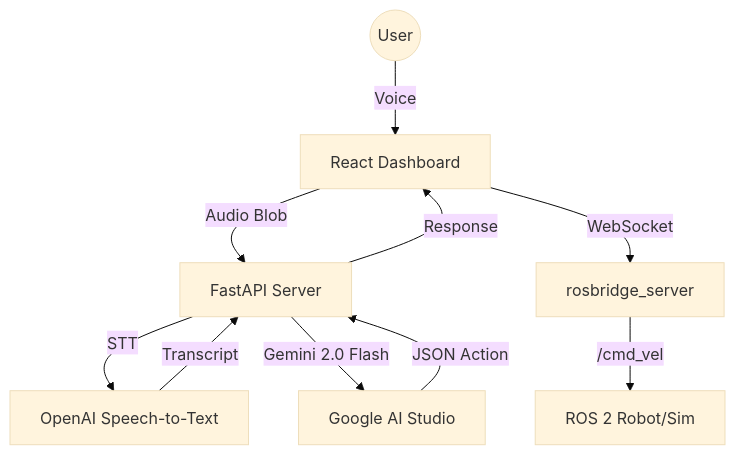
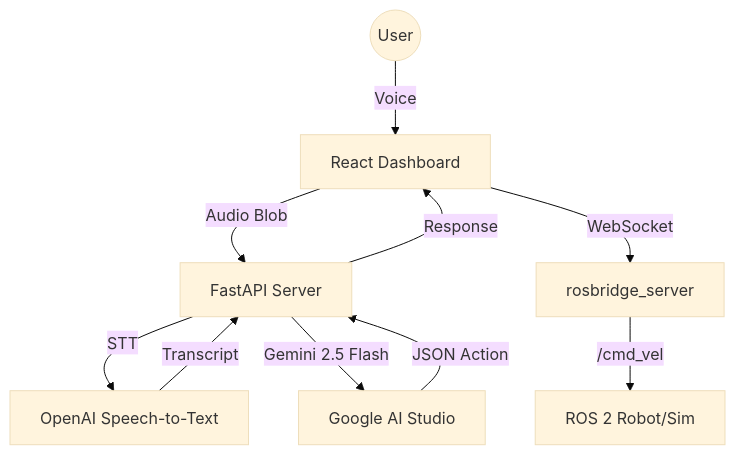
One commit to howdoiusekeyboard/ros2_navigation_project changed the diagram in README.md. Above: the diagram before and after it, drawn with Mermaid (base theme). The commit also changed other lines of this file and 12 other files, not shown here.

First line of the commit message:
Update project to use Gemini 2.5 Flash

````diff
--- a/README.md
+++ b/README.md
@@ -23,12 +21,12 @@
 ```mermaid
 graph TD
     User((User)) -->|Voice| Frontend[React Dashboard]
     Frontend -->|Audio Blob| Backend[FastAPI Server]
     Backend -->|STT| OpenAI[OpenAI Speech-to-Text]
     OpenAI -->|Transcript| Backend
-    Backend -->|Gemini 2.0 Flash| AI[Google AI Studio]
+    Backend -->|Gemini 2.5 Flash| AI[Google AI Studio]
     AI -->|JSON Action| Backend
     Backend -->|Response| Frontend
     Frontend -->|WebSocket| Bridge[rosbridge_server]
     Bridge -->|/cmd_vel| Robot[ROS 2 Robot/Sim]
 ```
````
